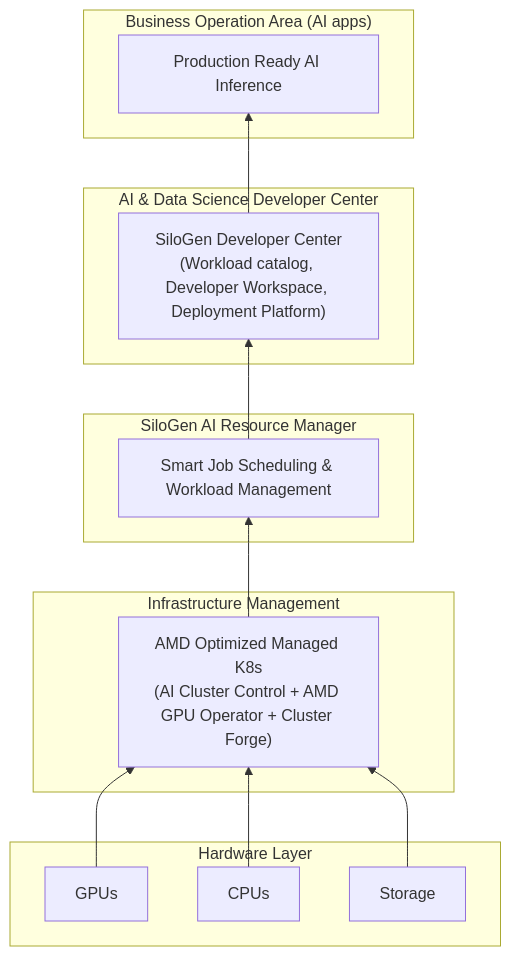
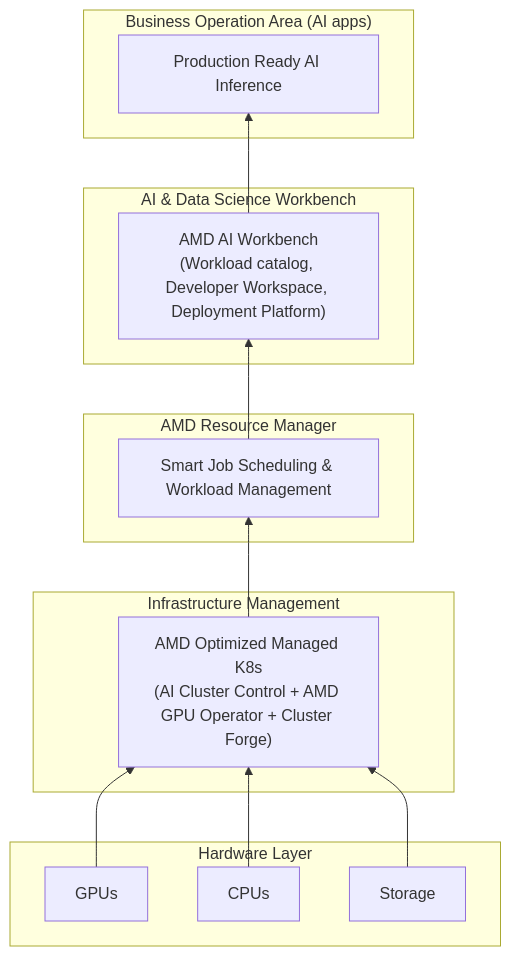
Before and after one commit to silogen/docs: the third of 3 diagrams in docs/ref-architecture/Enterprise-AI-Architecture.md, drawn with Mermaid. The commit also changed other lines of this file and 23 other files, not shown here.

````diff
--- a/docs/ref-architecture/Enterprise-AI-Architecture.md
+++ b/docs/ref-architecture/Enterprise-AI-Architecture.md
@@ -150,31 +150,31 @@
 ```mermaid
 flowchart BT
     subgraph L1["Hardware Layer"]
         H1[GPUs]
         H2[CPUs]
         H3[Storage]
     end
 
     subgraph L2["Infrastructure Management"]
         IM1["AMD Optimized Managed K8s\n(AI Cluster Control + AMD GPU Operator + Cluster Forge)"]
     end
 
-    subgraph L3["SiloGen AI Resource Manager"]
+    subgraph L3["AMD Resource Manager"]
         RM1["Smart Job Scheduling & Workload Management"]
     end
 
-    subgraph L4["AI & Data Science Developer Center"]
-        DC1["SiloGen Developer Center\n(Workload catalog, Developer Workspace, Deployment Platform)"]
+    subgraph L4["AI & Data Science Workbench"]
+        DC1["AMD AI Workbench\n(Workload catalog, Developer Workspace, Deployment Platform)"]
     end
 
     subgraph L5["Business Operation Area (AI apps)"]
         BO1["Production Ready AI Inference"]
     end
 
     H1 --> IM1
     H2 --> IM1
     H3 --> IM1
     IM1 --> RM1
     RM1 --> DC1
     DC1 --> BO1
 ```
````
